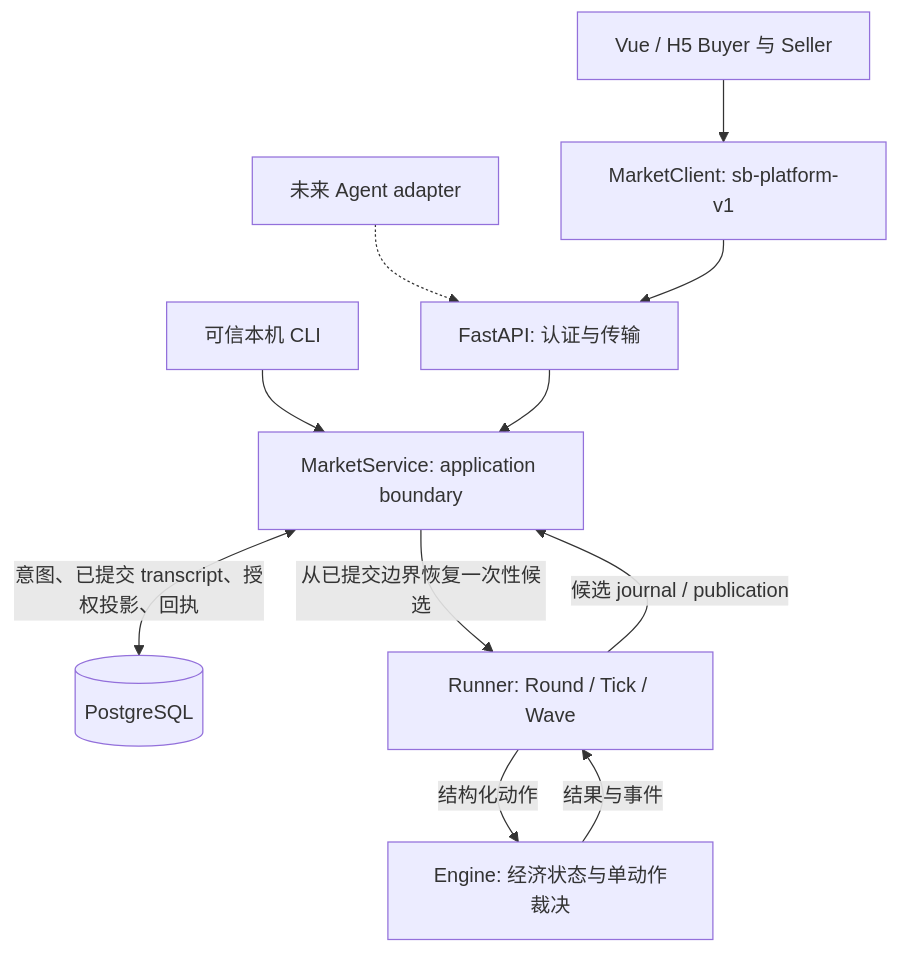
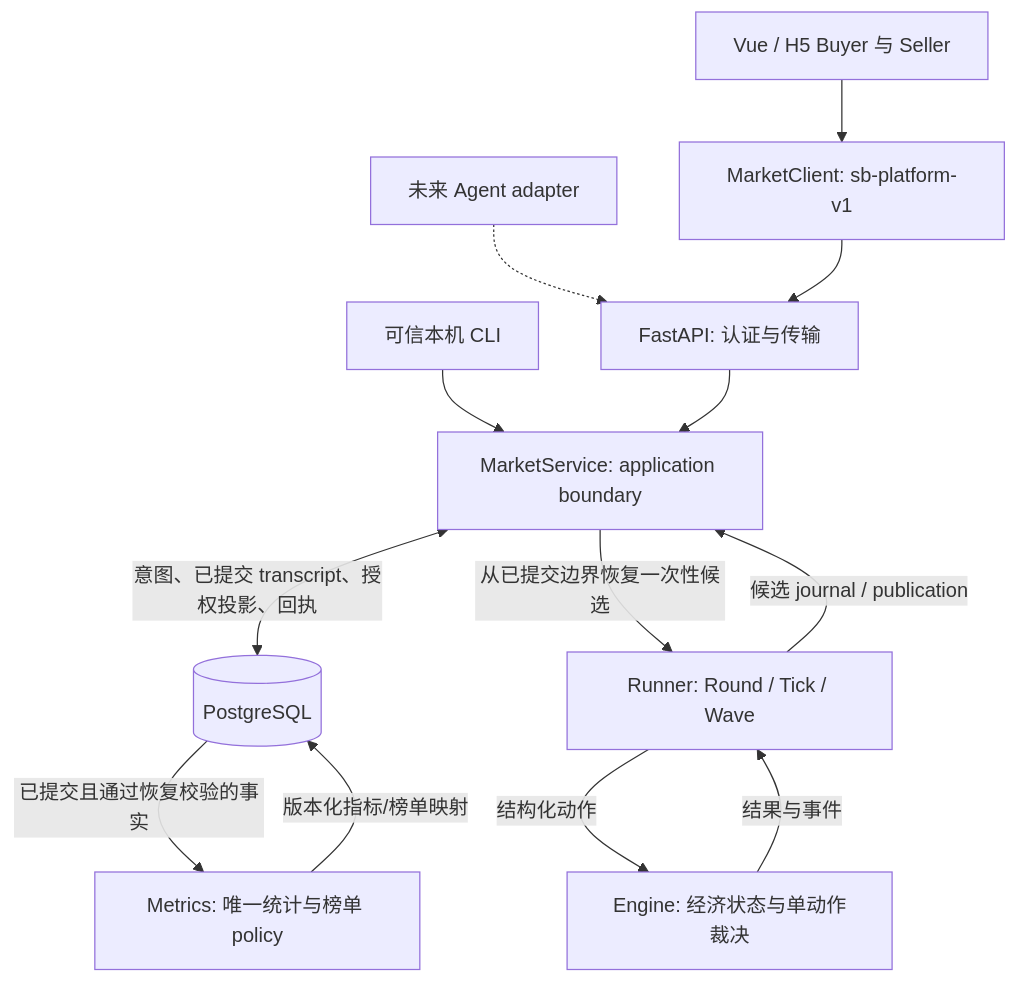
The diagram in docs/ARCHITECTURE.md (OVERANDAGAIN/SalesBench), drawn with Mermaid before and after one commit. The commit also changed other lines of this file and 60 other files, not shown here.

````diff
--- a/docs/ARCHITECTURE.md
+++ b/docs/ARCHITECTURE.md
@@ -7,13 +7,15 @@
 ```mermaid
 flowchart TD
   Web[Vue / H5 Buyer 与 Seller] --> Client[MarketClient: sb-platform-v1]
   Agent[未来 Agent adapter] -.-> API[FastAPI: 认证与传输]
   Client --> API
   CLI[可信本机 CLI] --> Service[MarketService: application boundary]
   API --> Service
   Service <-->|意图、已提交 transcript、授权投影、回执| PG[(PostgreSQL)]
   Service -->|从已提交边界恢复一次性候选| Runner[Runner: Round / Tick / Wave]
   Runner -->|结构化动作| Engine[Engine: 经济状态与单动作裁决]
   Engine -->|结果与事件| Runner
   Runner -->|候选 journal / publication| Service
+  PG -->|已提交且通过恢复校验的事实| Metrics[Metrics: 唯一统计与榜单 policy]
+  Metrics -->|版本化指标/榜单映射| PG
 ```
````
